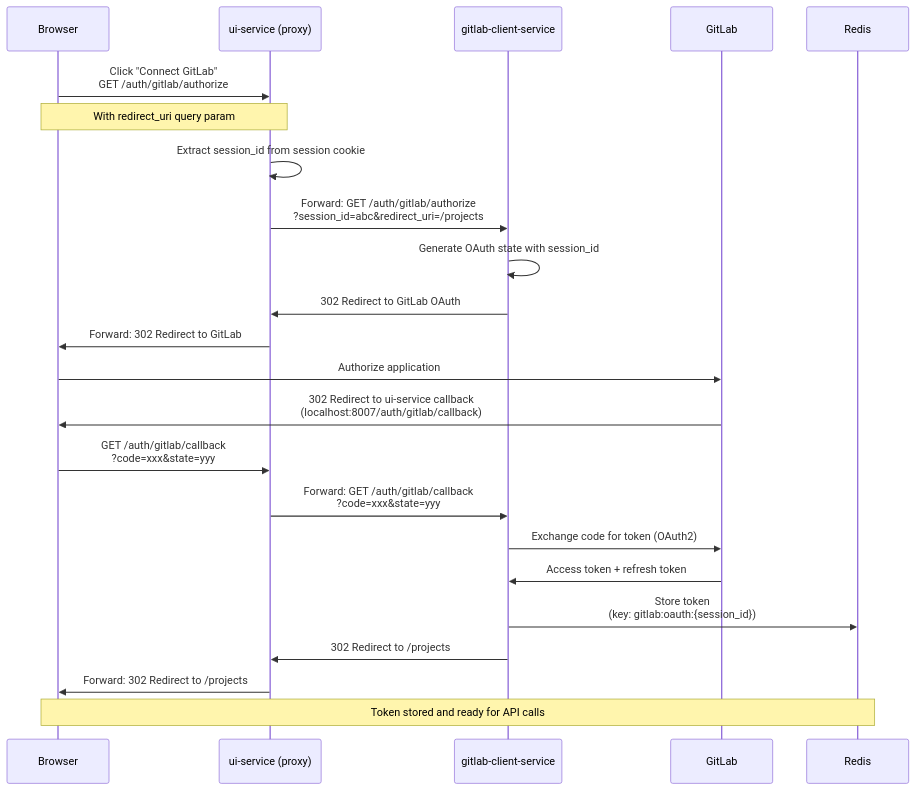
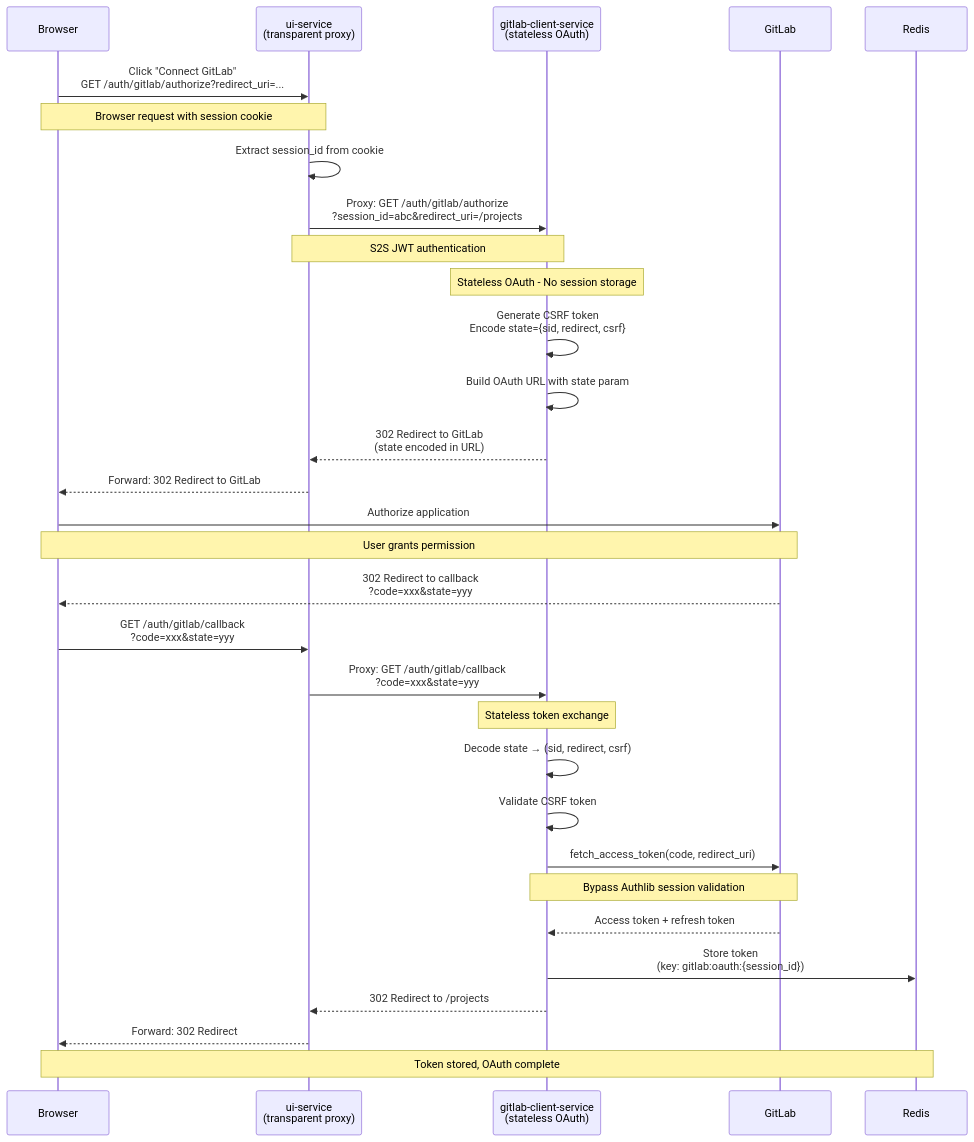
Before and after one commit to vladavilov/playground: the second of 7 diagrams in git-epic-creator/services/gitlab_client_service/README.md, drawn with Mermaid. The commit also changed other lines of this file and 4 other files, not shown here.

Commit message:
fixed state issues in gitlab client

````diff
--- a/git-epic-creator/services/gitlab_client_service/README.md
+++ b/git-epic-creator/services/gitlab_client_service/README.md
@@ -213,31 +222,41 @@
 ```mermaid
 sequenceDiagram
     participant Browser
-    participant UI as ui-service (proxy)
-    participant GCS as gitlab-client-service
+    participant UI as ui-service<br/>(transparent proxy)
+    participant GCS as gitlab-client-service<br/>(stateless OAuth)
     participant GitLab
     participant Redis
 
-    Browser->>UI: Click "Connect GitLab"<br/>GET /auth/gitlab/authorize
-    Note over Browser,UI: With redirect_uri query param
+    Browser->>UI: Click "Connect GitLab"<br/>GET /auth/gitlab/authorize?redirect_uri=...
+    Note over Browser,UI: Browser request with session cookie
     
-    UI->>UI: Extract session_id from session cookie
-    UI->>GCS: Forward: GET /auth/gitlab/authorize<br/>?session_id=abc&redirect_uri=/projects
-    GCS->>GCS: Generate OAuth state with session_id
-    GCS->>UI: 302 Redirect to GitLab OAuth
-    UI->>Browser: Forward: 302 Redirect to GitLab
+    UI->>UI: Extract session_id from cookie
+    UI->>GCS: Proxy: GET /auth/gitlab/authorize<br/>?session_id=abc&redirect_uri=/projects
+    Note over UI,GCS: S2S JWT authentication
+    
+    Note over GCS: Stateless OAuth - No session storage
+    GCS->>GCS: Generate CSRF token<br/>Encode state={sid, redirect, csrf}
+    GCS->>GCS: Build OAuth URL with state param
+    GCS-->>UI: 302 Redirect to GitLab<br/>(state encoded in URL)
+    UI-->>Browser: Forward: 302 Redirect to GitLab
     
     Browser->>GitLab: Authorize application
-    GitLab->>Browser: 302 Redirect to ui-service callback<br/>(localhost:8007/auth/gitlab/callback)
+    Note over Browser,GitLab: User grants permission
+    GitLab-->>Browser: 302 Redirect to callback<br/>?code=xxx&state=yyy
     
     Browser->>UI: GET /auth/gitlab/callback<br/>?code=xxx&state=yyy
-    UI->>GCS: Forward: GET /auth/gitlab/callback<br/>?code=xxx&state=yyy
-    GCS->>GitLab: Exchange code for token (OAuth2)
-    GitLab->>GCS: Access token + refresh token
+    UI->>GCS: Proxy: GET /auth/gitlab/callback<br/>?code=xxx&state=yyy
+    
+    Note over GCS: Stateless token exchange
+    GCS->>GCS: Decode state → (sid, redirect, csrf)
+    GCS->>GCS: Validate CSRF token
+    GCS->>GitLab: fetch_access_token(code, redirect_uri)
+    Note over GCS,GitLab: Bypass Authlib session validation
+    GitLab-->>GCS: Access token + refresh token
     
     GCS->>Redis: Store token<br/>(key: gitlab:oauth:{session_id})
-    GCS->>UI: 302 Redirect to /projects
-    UI->>Browser: Forward: 302 Redirect to /projects
+    GCS-->>UI: 302 Redirect to /projects
+    UI-->>Browser: Forward: 302 Redirect
     
-    Note over Browser,Redis: Token stored and ready for API calls
+    Note over Browser,Redis: Token stored, OAuth complete
 ```
````
